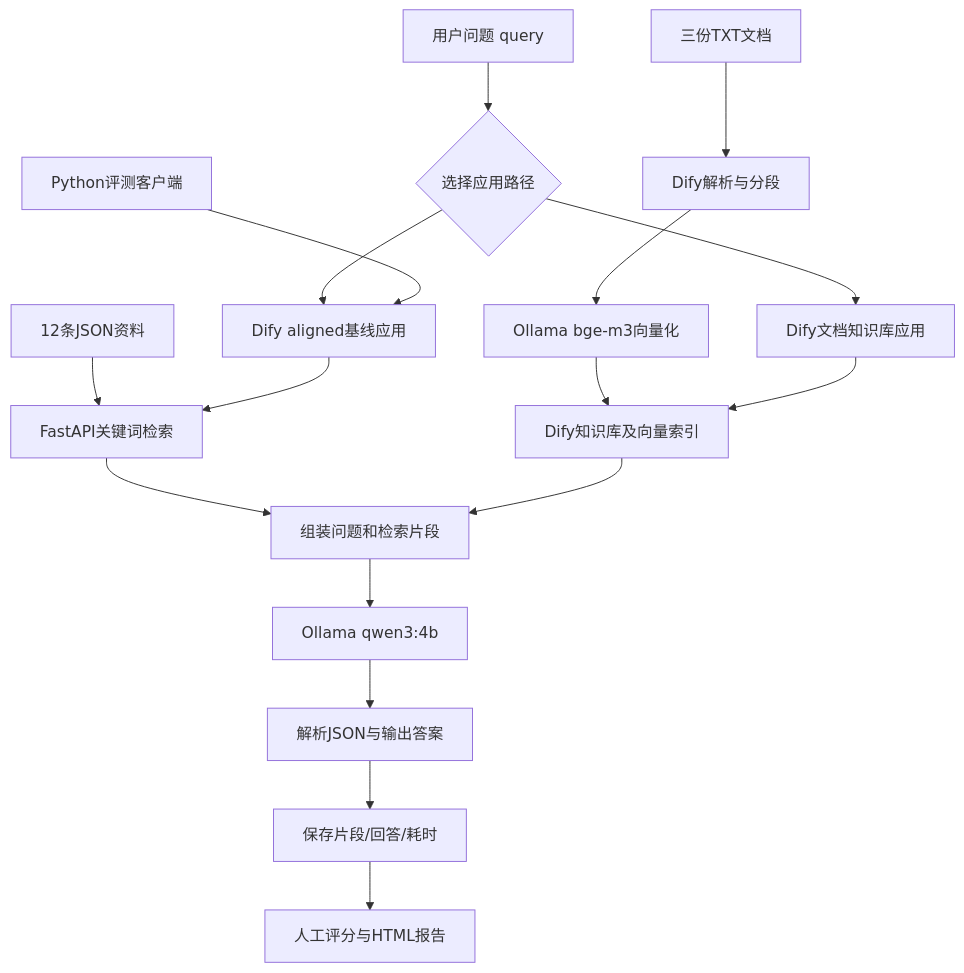
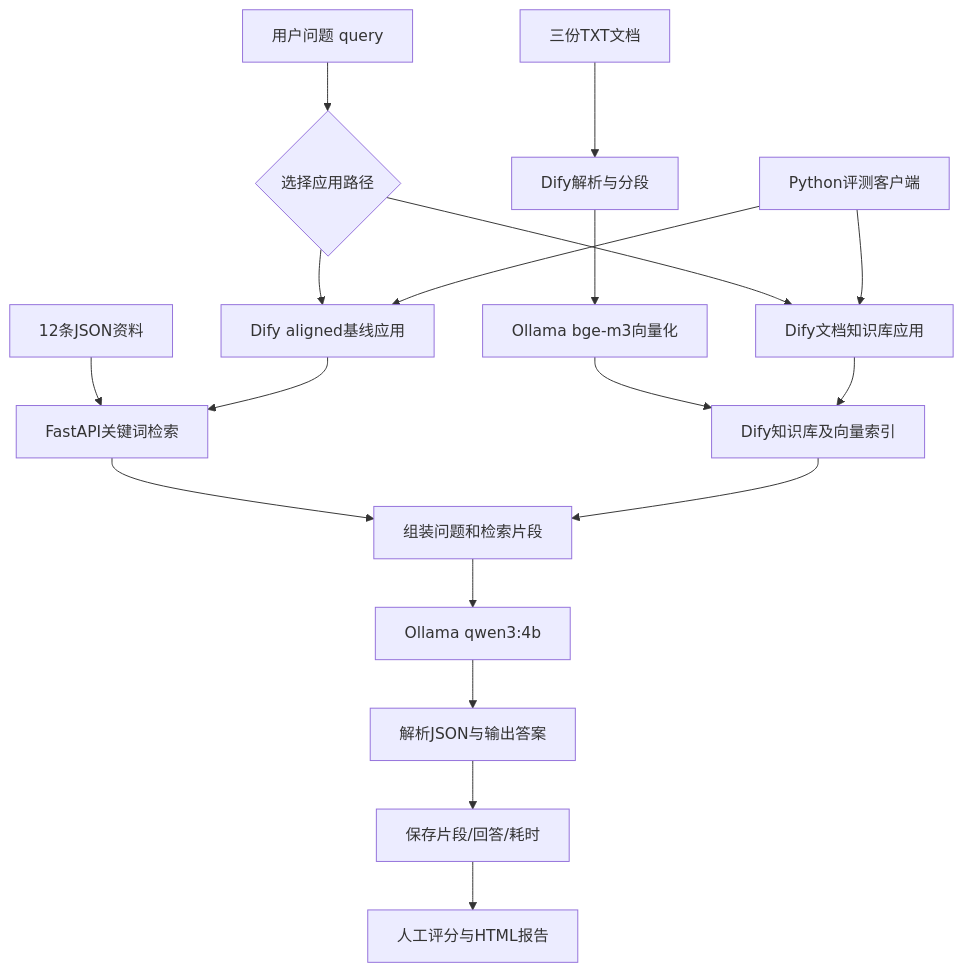
One commit to EchoEvelyn/knowledge-qa-eval changed the diagram in docs/project-overview.md. Above: the diagram before and after it, drawn with Mermaid. The commit also changed other lines of this file and 15 other files, not shown here.

````diff
--- a/docs/project-overview.md
+++ b/docs/project-overview.md
@@ -11,19 +11,20 @@
 ```mermaid
 flowchart TB
     J[12条JSON资料] --> F[FastAPI关键词检索]
     T[三份TXT文档] --> I[Dify解析与分段]
     I --> E[Ollama bge-m3向量化]
     E --> K[Dify知识库及向量索引]
     Q[用户问题 query] --> R{选择应用路径}
     R --> B[Dify aligned基线应用]
     B --> F
     F --> P[组装问题和检索片段]
     R --> N[Dify文档知识库应用]
     N --> K
     K --> P
     P --> M[Ollama qwen3:4b]
     M --> O[解析JSON与输出答案]
     C[Python评测客户端] --> B
+    C --> N
     O --> A[保存片段/回答/耗时]
     A --> H[人工评分与HTML报告]
 ```
````
